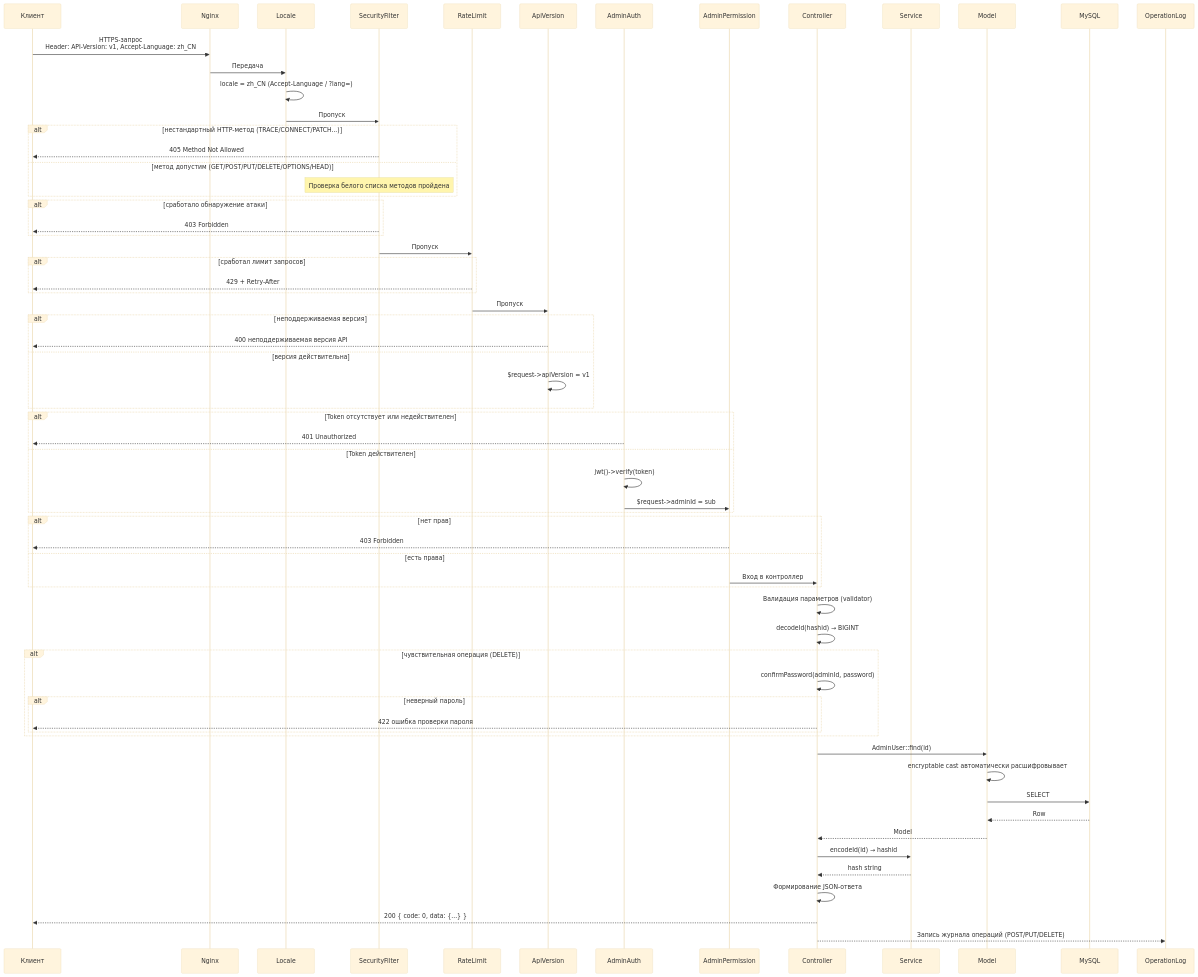
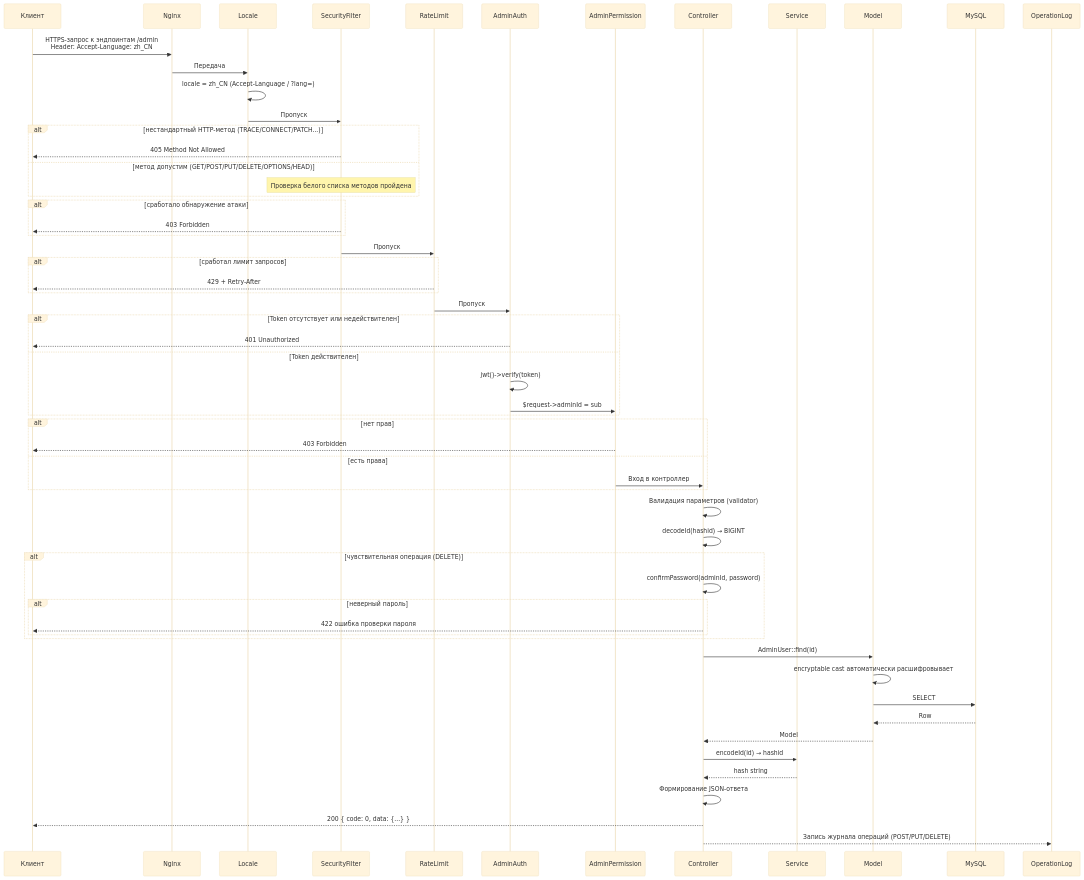
Before and after one commit to erikwang2013/open-admin: the third of 14 diagrams in docs/ARCHITECTURE.ru.md, drawn with Mermaid (base theme). The commit also changed other lines of this file and 115 other files, not shown here.

First line of the commit message:
功能：新增项目宠物「小安」、站点首页与手写 SVG 设计图集；全部文档对齐代码

````diff
--- a/docs/ARCHITECTURE.ru.md
+++ b/docs/ARCHITECTURE.ru.md
@@ -147,82 +144,75 @@
 ```mermaid
 sequenceDiagram
     participant C as Клиент
     participant N as Nginx
     participant MW_LOC as Locale
     participant MW_SF as SecurityFilter
     participant MW_RL as RateLimit
-    participant MW0 as ApiVersion
     participant MW1 as AdminAuth
     participant MW2 as AdminPermission
     participant CTL as Controller
     participant SVC as Service
     participant MDL as Model
     participant DB as MySQL
     participant OPLOG as OperationLog
 
-    C->>N: HTTPS-запрос<br/>Header: API-Version: v1, Accept-Language: zh_CN
+    C->>N: HTTPS-запрос к эндпоинтам /admin<br/>Header: Accept-Language: zh_CN
     N->>MW_LOC: Передача
 
     MW_LOC->>MW_LOC: locale = zh_CN (Accept-Language / ?lang=)
     MW_LOC->>MW_SF: Пропуск
 
     alt нестандартный HTTP-метод (TRACE/CONNECT/PATCH...)
         MW_SF-->>C: 405 Method Not Allowed
     else метод допустим (GET/POST/PUT/DELETE/OPTIONS/HEAD)
         Note over MW_SF: Проверка белого списка методов пройдена
     end
 
     alt сработало обнаружение атаки
         MW_SF-->>C: 403 Forbidden
     end
 
     MW_SF->>MW_RL: Пропуск
 
     alt сработал лимит запросов
         MW_RL-->>C: 429 + Retry-After
     end
 
-    MW_RL->>MW0: Пропуск
-
-    alt неподдерживаемая версия
-        MW0-->>C: 400 неподдерживаемая версия API
-    else версия действительна
-        MW0->>MW0: $request->apiVersion = v1
-    end
+    MW_RL->>MW1: Пропуск
 
     alt Token отсутствует или недействителен
         MW1-->>C: 401 Unauthorized
     else Token действителен
         MW1->>MW1: jwt()->verify(token)
         MW1->>MW2: $request->adminId = sub
     end
 
     alt нет прав
         MW2-->>C: 403 Forbidden
     else есть права
         MW2->>CTL: Вход в контроллер
     end
 
     CTL->>CTL: Валидация параметров (validator)
     CTL->>CTL: decodeId(hashid) → BIGINT
 
     alt чувствительная операция (DELETE)
         CTL->>CTL: confirmPassword(adminId, password)
         alt неверный пароль
             CTL-->>C: 422 ошибка проверки пароля
         end
     end
 
     CTL->>MDL: AdminUser::find(id)
     MDL->>MDL: encryptable cast автоматически расшифровывает
     MDL->>DB: SELECT
     DB-->>MDL: Row
     MDL-->>CTL: Model
 
     CTL->>SVC: encodeId(id) → hashid
     SVC-->>CTL: hash string
 
     CTL->>CTL: Формирование JSON-ответа
     CTL-->>C: 200 { code: 0, data: {...} }
     CTL-->>OPLOG: Запись журнала операций (POST/PUT/DELETE)
 ```
````
